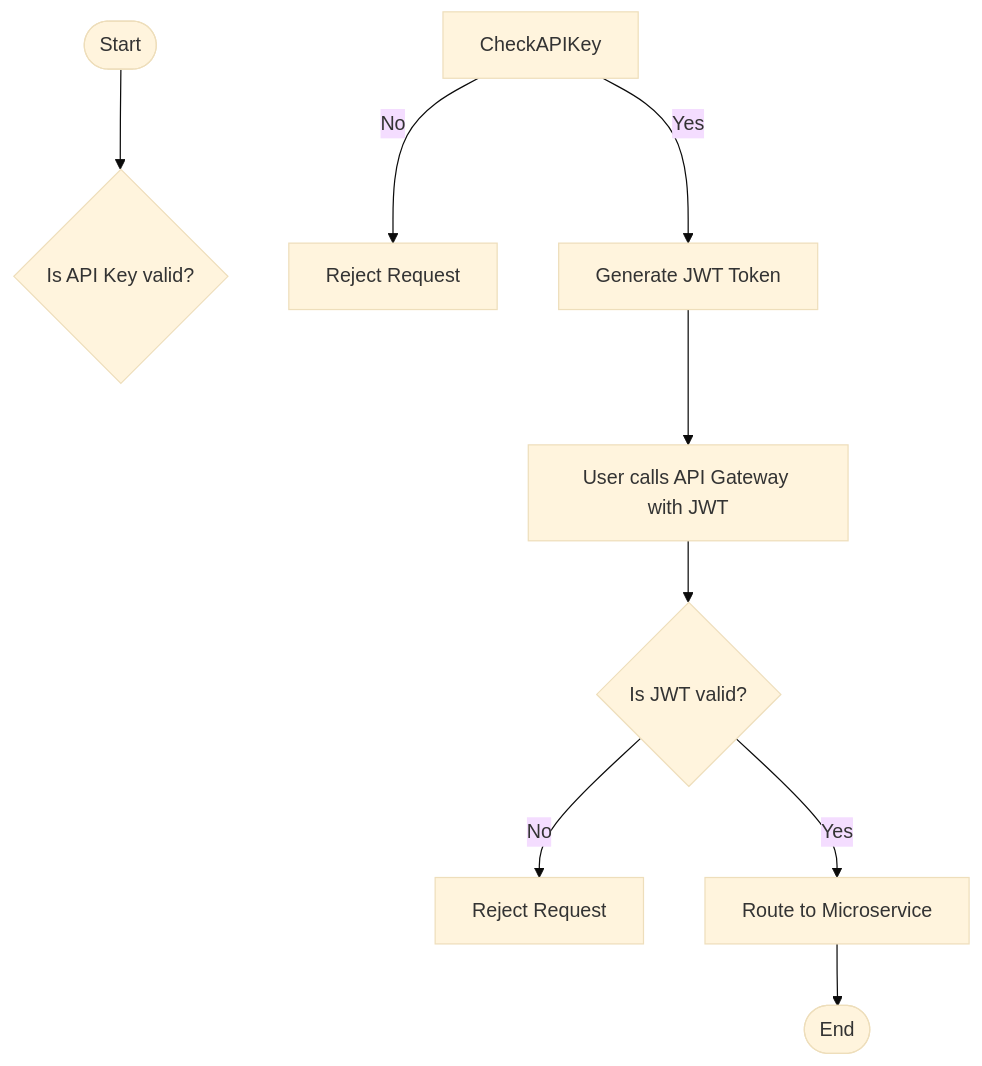
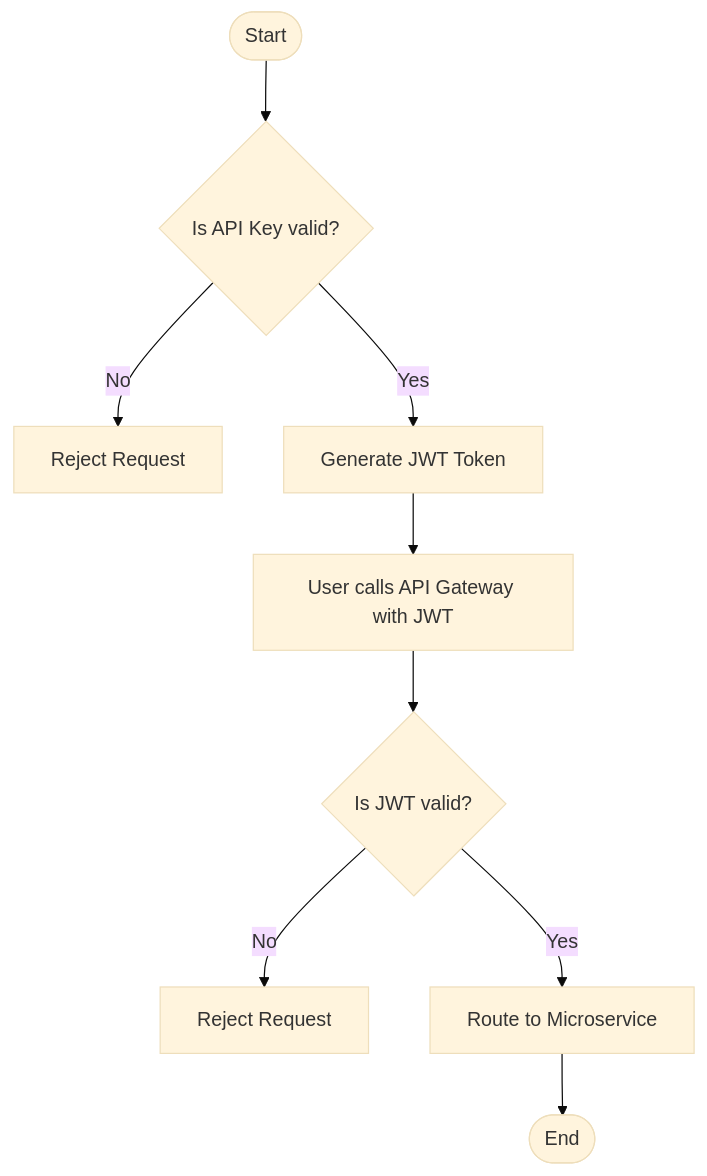
The diagram in README.md (VentixeEventManagement/ApiGateway), drawn with Mermaid (base theme) before and after one commit.

````diff
--- a/README.md
+++ b/README.md
@@ -12,11 +12,11 @@
 ```mermaid
 flowchart TD
-    Start([Start]) --> JwtAuthProvider{Is API Key valid?}
+    Start([Start]) --> CheckAPIKey{Is API Key valid?}
     CheckAPIKey -- No --> Reject1[Reject Request]
     CheckAPIKey -- Yes --> GenerateJWT[Generate JWT Token]
     GenerateJWT --> UseJWT[User calls API Gateway with JWT]
     UseJWT --> CheckJWT{Is JWT valid?}
     CheckJWT -- No --> Reject2[Reject Request]
     CheckJWT -- Yes --> RouteMicroservice[Route to Microservice]
     RouteMicroservice --> End([End])
 ```
````
